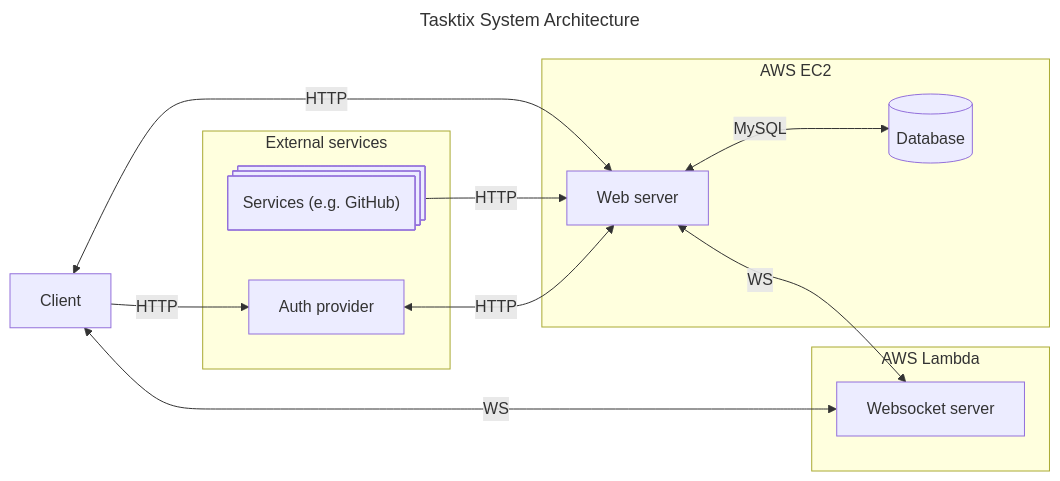
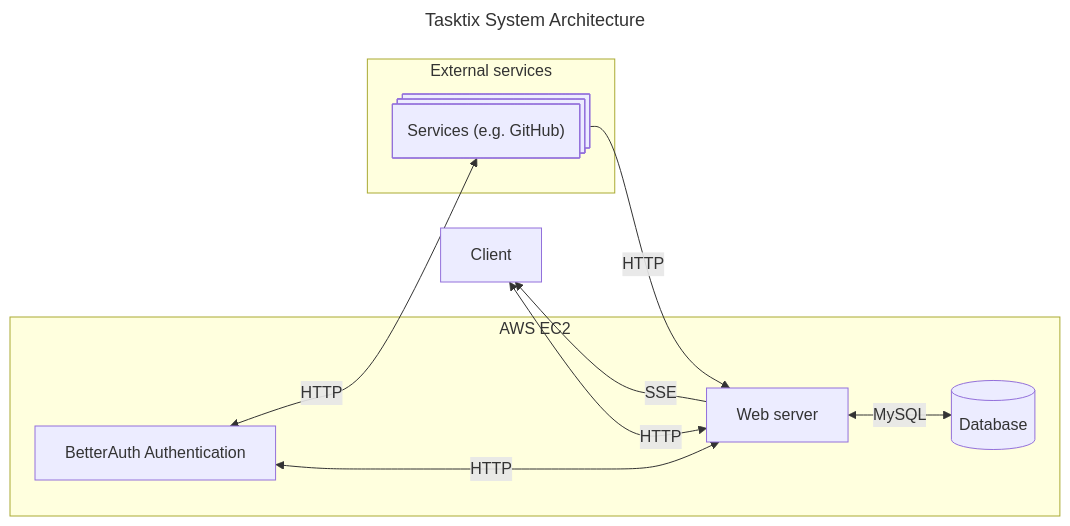
The first of 3 diagrams in docs/architecture.md (Tasktix/Tasktix), drawn with Mermaid before and after one commit. The commit also changed other lines of this file, not shown here.

Commit message:
Update architecture diagrams

````diff
--- a/docs/architecture.md
+++ b/docs/architecture.md
@@ -6,28 +6,22 @@
 ```mermaid
 ---
 title: Tasktix System Architecture
 ---
 flowchart LR
   c[Client]
   subgraph AWS EC2
-
     s[Web server]
-
     d@{shape: cyl, label: Database}
-
-  end
-  subgraph AWS Lambda
-    w[Websocket server]
+    a[BetterAuth Authentication]
   end
 
   subgraph External services
     g@{shape: processes, label: Services (e.g. GitHub)}
-    a[Auth provider]
   end
 
-  c <-->|HTTP| s <-->|MySQL| d
-  s <-->|WS| w <-->|WS| c
+  c <-->|HTTP| s -->|SSE| c
+  s <-->|MySQL| d
   g -->|HTTP| s
-  c -->|HTTP| a
   a <-->|HTTP| s
+  a <-->|HTTP| g
 ```
````
